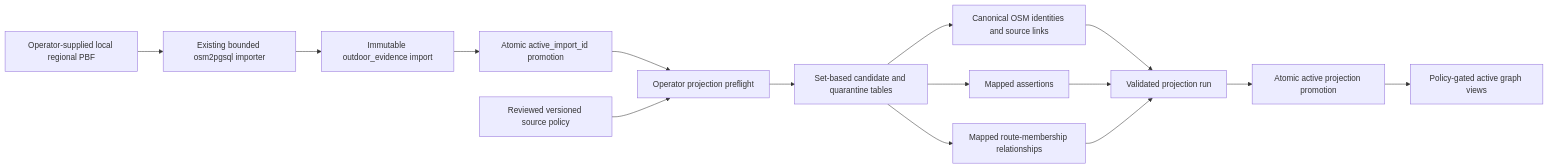
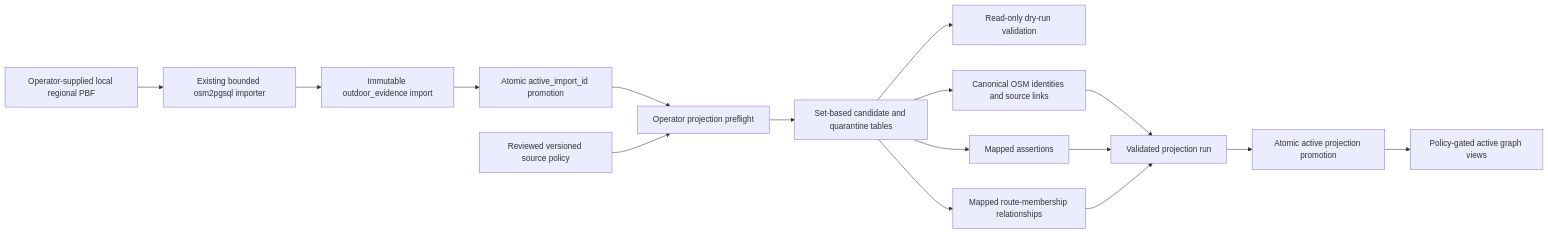
Before and after one commit to Piro-git/WANDERFUL: the diagram in docs/OSM_OUTDOOR_RESEARCH_PROJECTION_V1.md, drawn with Mermaid. The commit also changed other lines of this file and 3 other files, not shown here.

````diff
--- a/docs/OSM_OUTDOOR_RESEARCH_PROJECTION_V1.md
+++ b/docs/OSM_OUTDOOR_RESEARCH_PROJECTION_V1.md
@@ -66,17 +66,18 @@
 ```mermaid
 flowchart LR
     A["Operator-supplied local regional PBF"] --> B["Existing bounded osm2pgsql importer"]
     B --> C["Immutable outdoor_evidence import"]
     C --> D["Atomic active_import_id promotion"]
     D --> E["Operator projection preflight"]
     P["Reviewed versioned source policy"] --> E
     E --> F["Set-based candidate and quarantine tables"]
+    F --> R["Read-only dry-run validation"]
     F --> G["Canonical OSM identities and source links"]
     F --> H["Mapped assertions"]
     F --> I["Mapped route-membership relationships"]
     G --> J["Validated projection run"]
     H --> J
     I --> J
     J --> K["Atomic active projection promotion"]
     K --> L["Policy-gated active graph views"]
 ```
````
